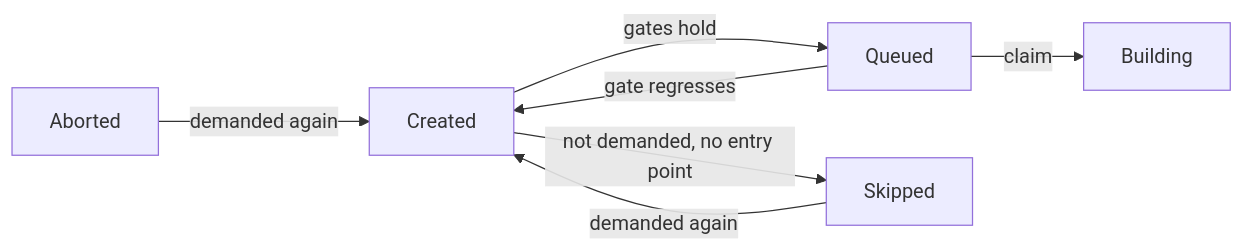
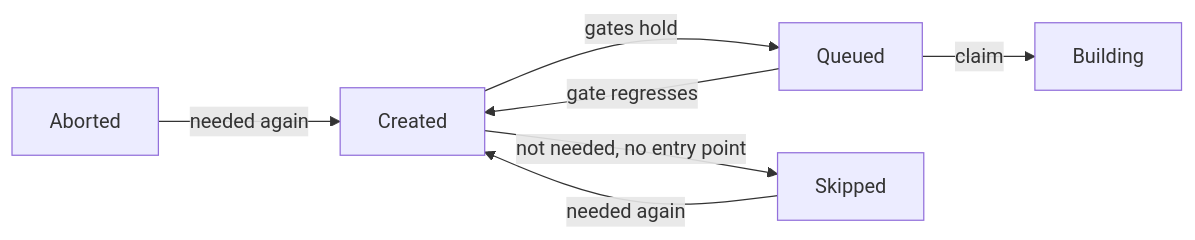
The diagram in docs/src/contributors/scheduler/promotion-and-counters.md (wavelens/gradient), drawn with Mermaid before and after one commit. The commit also changed other lines of this file and 61 other files, not shown here.

````diff
--- a/docs/src/contributors/scheduler/promotion-and-counters.md
+++ b/docs/src/contributors/scheduler/promotion-and-counters.md
@@ -5,9 +5,9 @@
 ```mermaid
 flowchart LR
     C[Created] -- gates hold --> Q[Queued]
     Q -- gate regresses --> C
     Q -- claim --> B[Building]
-    C -- not demanded, no entry point --> S[Skipped]
-    S -- demanded again --> C
-    A[Aborted] -- demanded again --> C
+    C -- not needed, no entry point --> S[Skipped]
+    S -- needed again --> C
+    A[Aborted] -- needed again --> C
 ```
````
